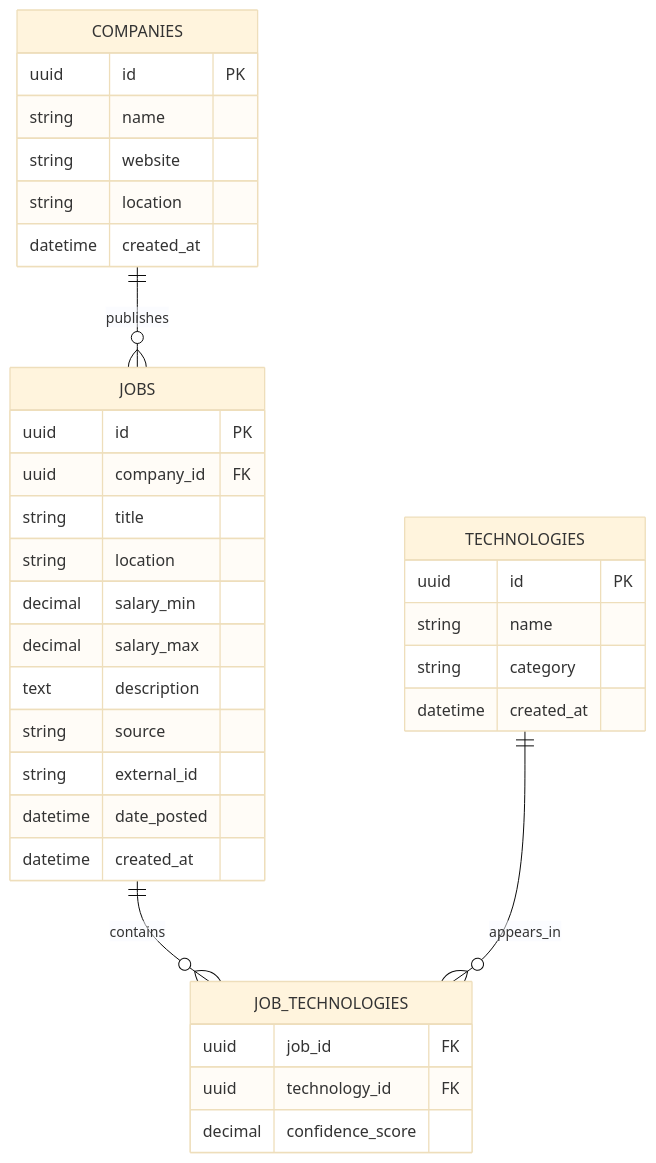
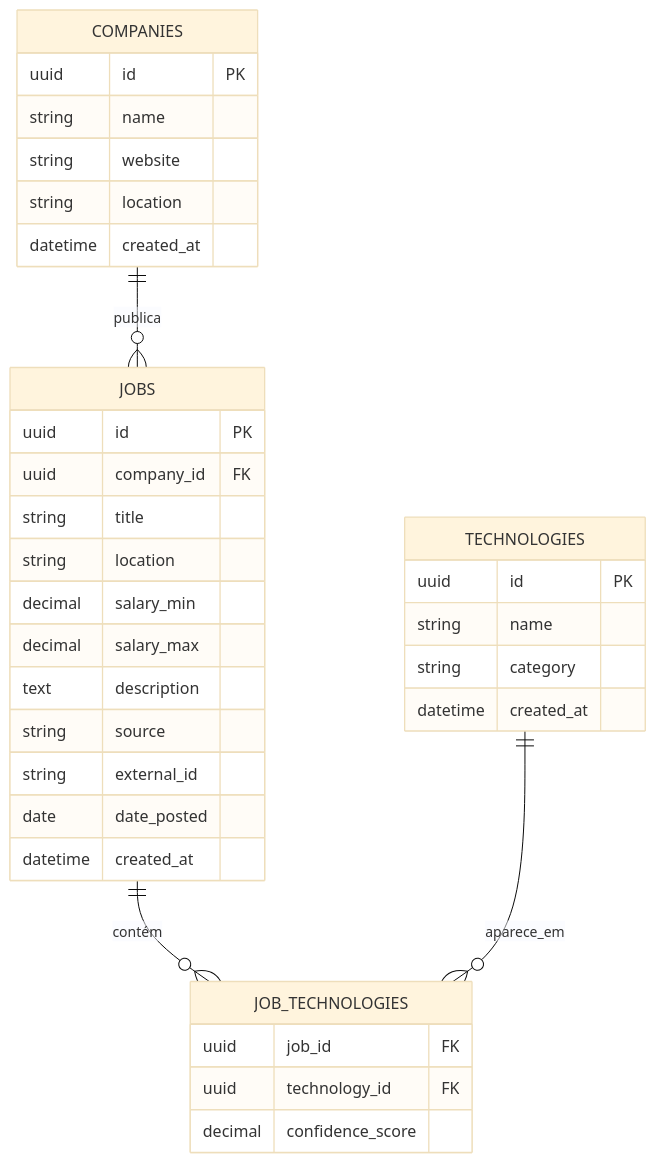
Before and after one commit to franciscocosta4/TechScope: the third of 3 diagrams in README.md, drawn with Mermaid (base theme). The commit also changed other lines of this file and 2 other files, not shown here.

````diff
--- a/README.md
+++ b/README.md
@@ -119,48 +119,48 @@
 ```mermaid
 erDiagram
 
-    COMPANIES ||--o{ JOBS : publishes
+    COMPANIES ||--o{ JOBS : publica
 
-    JOBS ||--o{ JOB_TECHNOLOGIES : contains
+    JOBS ||--o{ JOB_TECHNOLOGIES : contém
 
-    TECHNOLOGIES ||--o{ JOB_TECHNOLOGIES : appears_in
+    TECHNOLOGIES ||--o{ JOB_TECHNOLOGIES : aparece_em
 
 
     COMPANIES {
         uuid id PK
         string name
         string website
         string location
         datetime created_at
     }
 
 
     JOBS {
         uuid id PK
         uuid company_id FK
         string title
         string location
         decimal salary_min
         decimal salary_max
         text description
         string source
         string external_id
-        datetime date_posted
+        date date_posted
         datetime created_at
     }
 
 
     TECHNOLOGIES {
         uuid id PK
         string name
         string category
         datetime created_at
     }
 
 
     JOB_TECHNOLOGIES {
         uuid job_id FK
         uuid technology_id FK
         decimal confidence_score
     }
 ```
````
